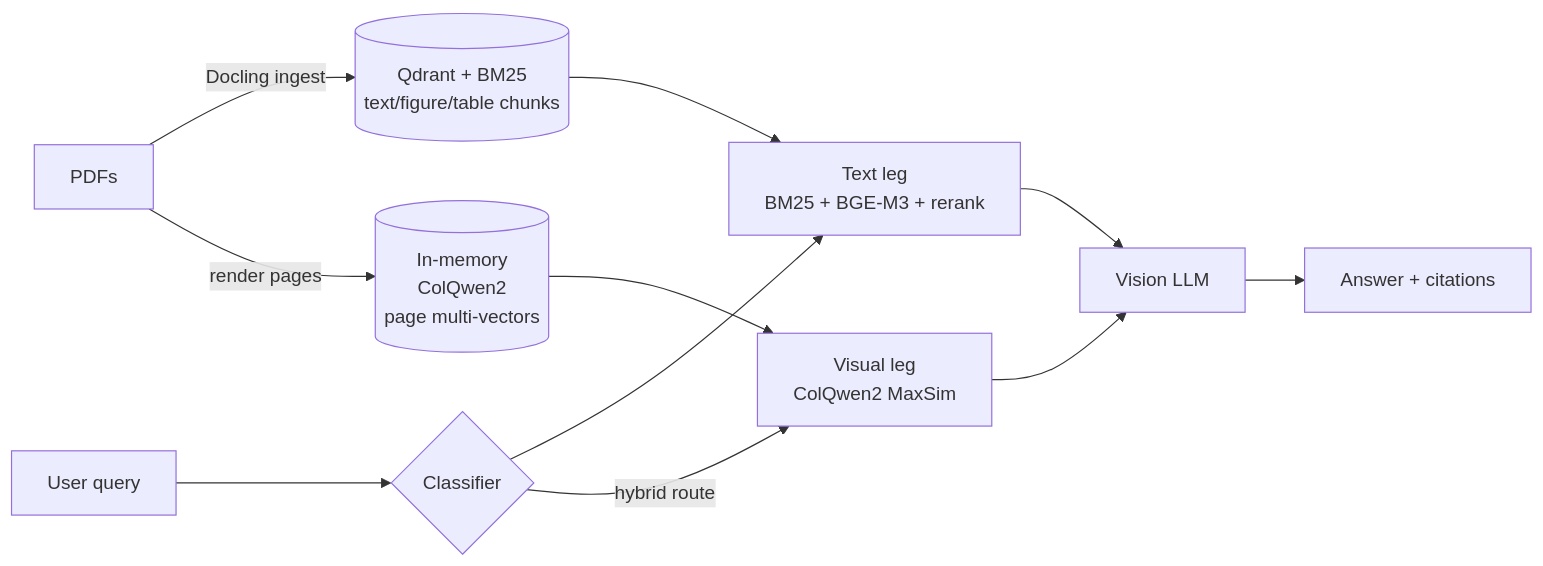
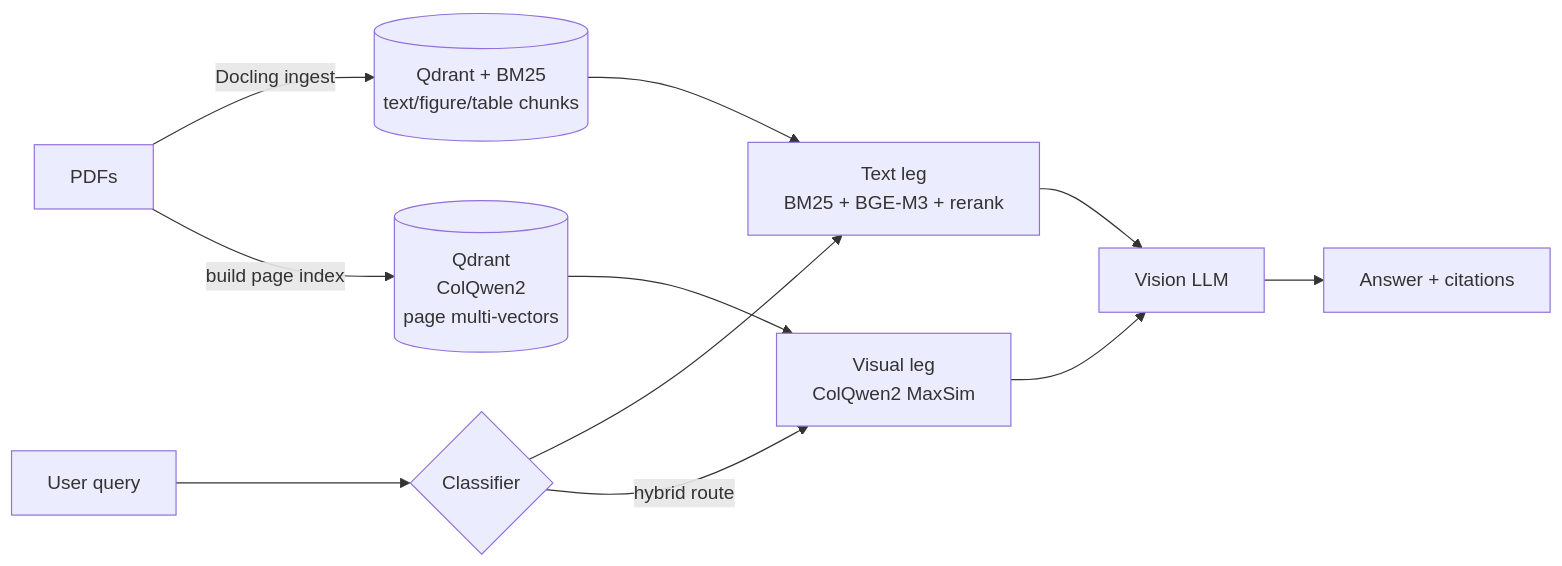
One commit to NorthernLightx/PrismRAG changed the diagram in README.md. Above: the diagram before and after it, drawn with Mermaid. The commit also changed other lines of this file, not shown here.

````diff
--- a/README.md
+++ b/README.md
@@ -58,13 +58,13 @@
 ```mermaid
 flowchart LR
     PDF[PDFs] -->|Docling ingest| TXTIDX[(Qdrant + BM25<br/>text/figure/table chunks)]
-    PDF -->|render pages| VISIDX[(In-memory<br/>ColQwen2<br/>page multi-vectors)]
+    PDF -->|build page index| VISIDX[(Qdrant<br/>ColQwen2<br/>page multi-vectors)]
     Q[User query] --> CLF{Classifier}
     CLF --> TXT[Text leg<br/>BM25 + BGE-M3 + rerank]
     CLF -->|hybrid route| VIS[Visual leg<br/>ColQwen2 MaxSim]
     TXTIDX --> TXT
     VISIDX --> VIS
     TXT --> LLM[Vision LLM]
     VIS --> LLM
     LLM --> A[Answer + citations]
 ```
````
